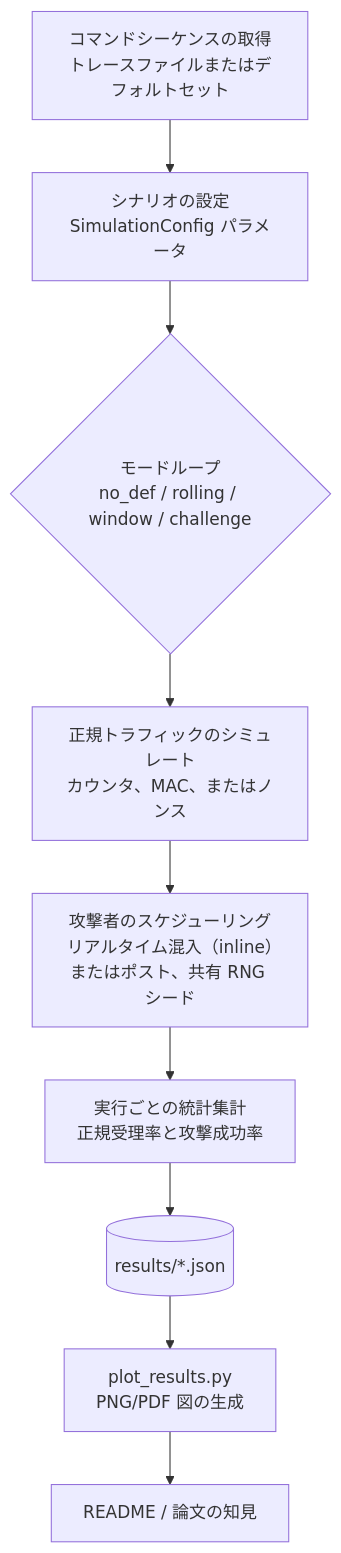
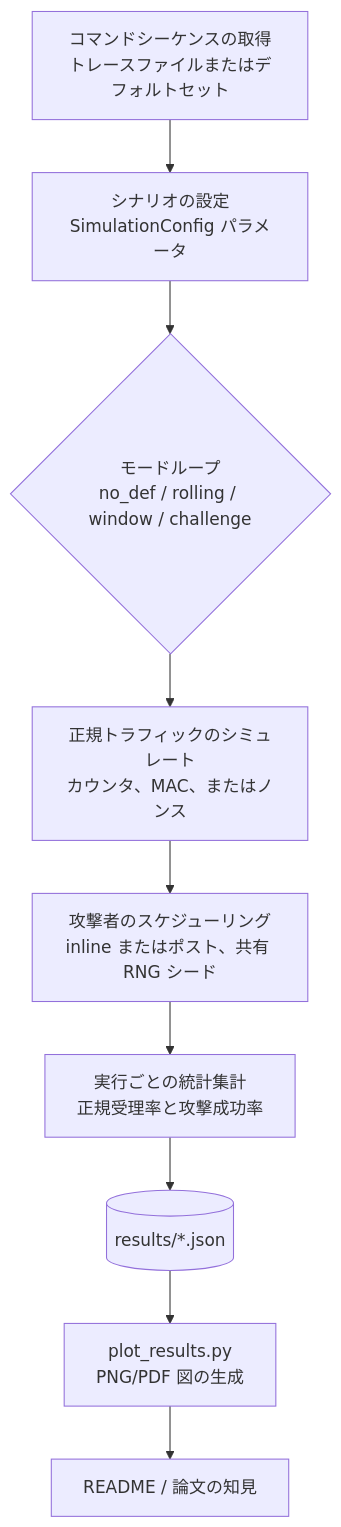
The diagram in README_JP.md (tammakiiroha/IoT-Replay-Defense-Simulator), drawn with Mermaid before and after one commit. The commit also changed 2 other files, not shown here.

Commit message:
fix: 修复 Mermaid 流程图语法错误
问题：
- README 中的 Mermaid 流程图包含括号，导致 GitHub 渲染失败
- 错误信息：Parse error - Expecting 'SQE', got 'PS'

修复：
- 移除流程图节点中的括号（real-time）
- 简化攻击者调度节点文本
- 统一三语版本的术语（inline/post）

影响文件：
- README.md
- README_CH.md
- README_JP.md

````diff
--- a/README_JP.md
+++ b/README_JP.md
@@ -248,14 +248,14 @@
 ```mermaid
 flowchart TD
     A[コマンドシーケンスの取得<br/>トレースファイルまたはデフォルトセット]
     B[シナリオの設定<br/>SimulationConfig パラメータ]
     C{モードループ<br/>no_def / rolling / window / challenge}
     D[正規トラフィックのシミュレート<br/>カウンタ、MAC、またはノンス]
-    E[攻撃者のスケジューリング<br/>リアルタイム混入（inline）またはポスト、共有 RNG シード]
+    E[攻撃者のスケジューリング<br/>inline またはポスト、共有 RNG シード]
     F[実行ごとの統計集計<br/>正規受理率と攻撃成功率]
     G[(results/*.json)]
     H[plot_results.py<br/>PNG/PDF 図の生成]
     I[README / 論文の知見]
 
     A --> B --> C --> D --> E --> F --> G --> H --> I
 ```
````
